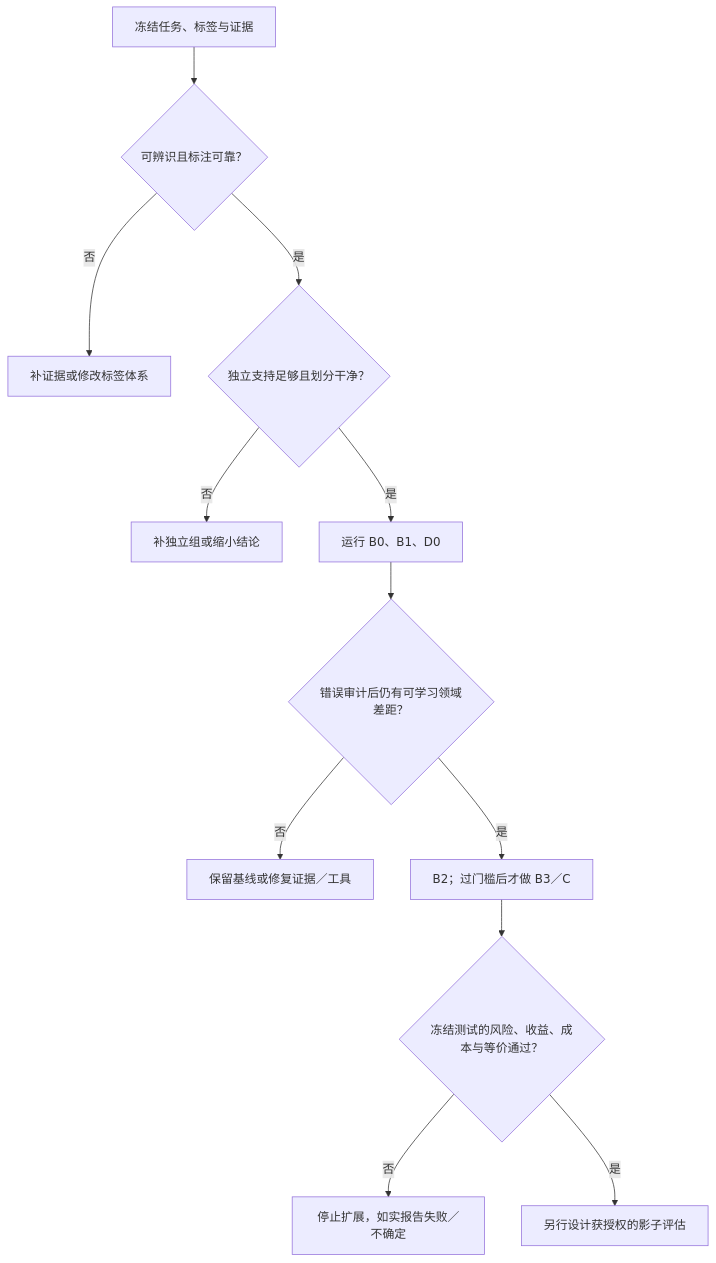
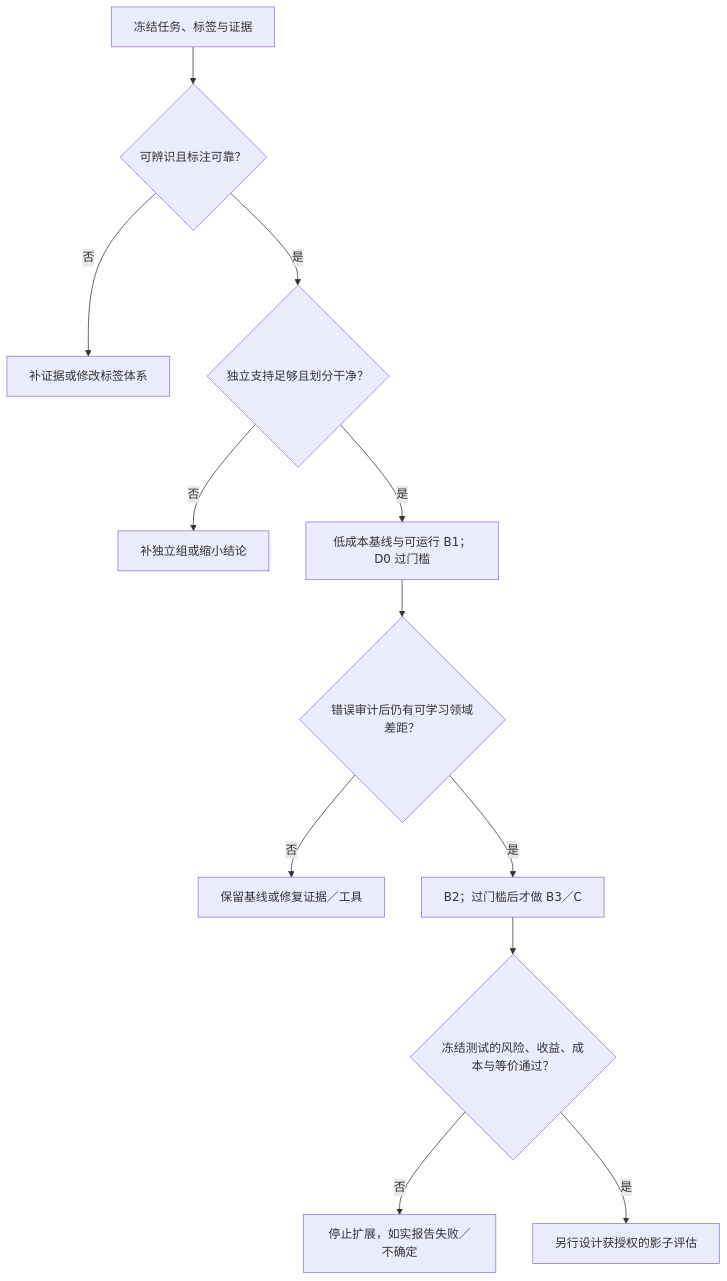
The diagram in docs/multimodal-decision-finetuning.zh-CN.md (leoncuhk/awesome-decision-models), drawn with Mermaid before and after one commit. The commit also changed other lines of this file and 9 other files, not shown here.

````diff
--- a/docs/multimodal-decision-finetuning.zh-CN.md
+++ b/docs/multimodal-decision-finetuning.zh-CN.md
@@ -303,14 +369,14 @@
 ```mermaid
 flowchart TD
     A[冻结任务、标签与证据] --> B{可辨识且标注可靠？}
     B -- 否 --> C[补证据或修改标签体系]
     B -- 是 --> D{独立支持足够且划分干净？}
     D -- 否 --> E[补独立组或缩小结论]
-    D -- 是 --> F[运行 B0、B1、D0]
+    D -- 是 --> F[低成本基线与可运行 B1；D0 过门槛]
     F --> G{错误审计后仍有可学习领域差距？}
     G -- 否 --> H[保留基线或修复证据／工具]
     G -- 是 --> I[B2；过门槛后才做 B3／C]
     I --> J{冻结测试的风险、收益、成本与等价通过？}
     J -- 否 --> K[停止扩展，如实报告失败／不确定]
     J -- 是 --> L[另行设计获授权的影子评估]
 ```
````
